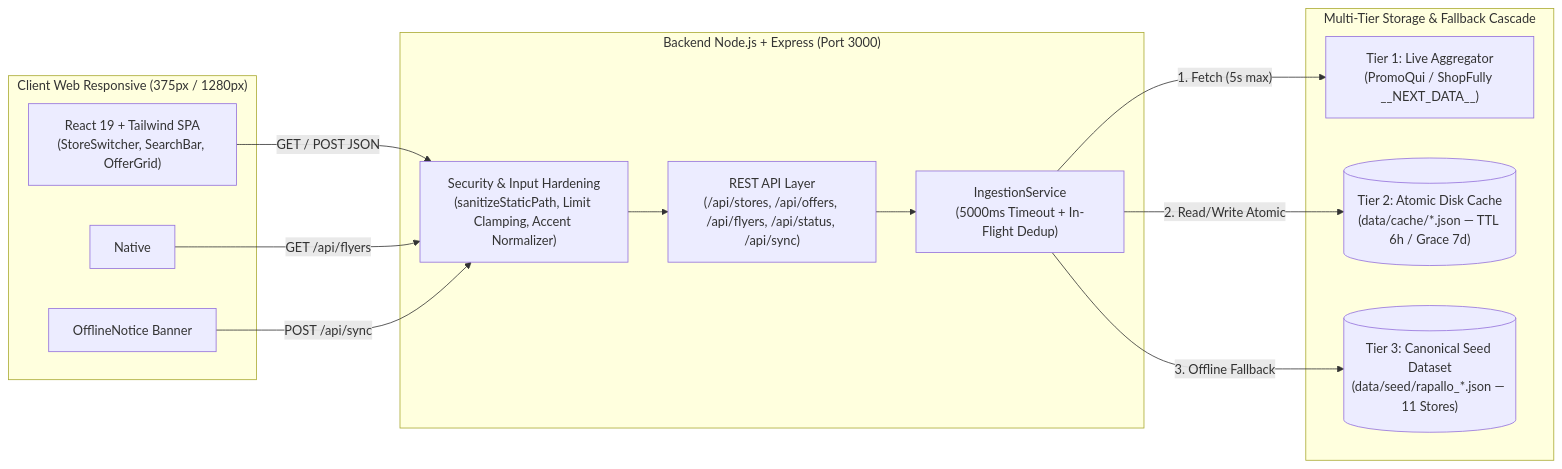
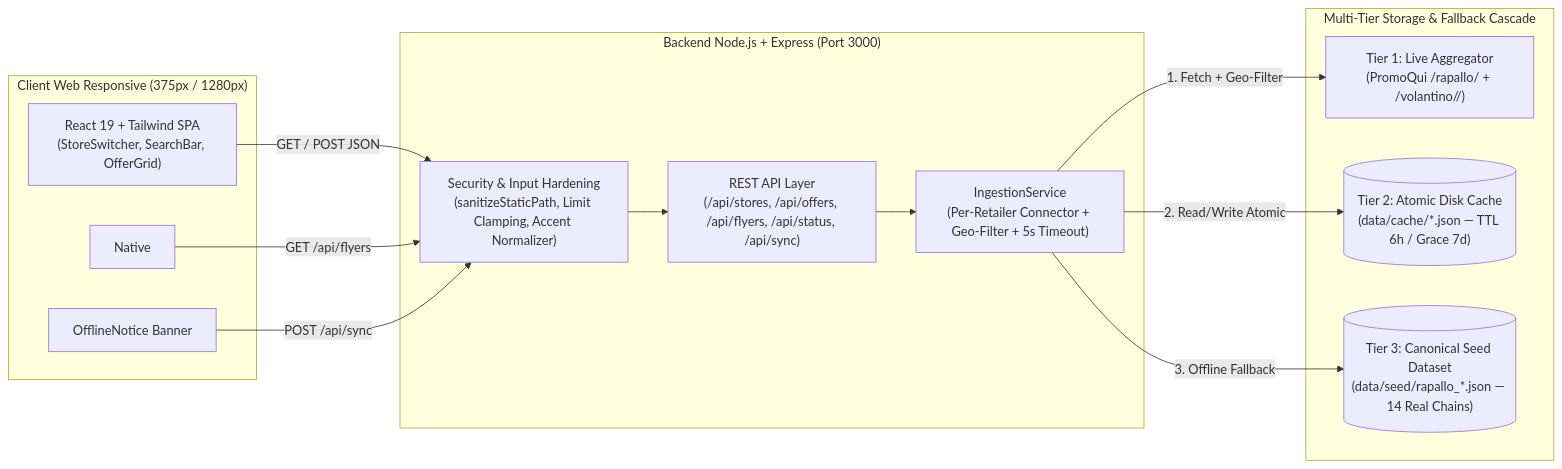
The diagram in docs/adr/README.md (Noobucodonosor/basilico), drawn with Mermaid before and after one commit. The commit also changed other lines of this file and 22 other files, not shown here.

Commit message:
feat(TASK-DATA-01,TASK-CORE-01,TASK-CORE-02,TASK-SEC-01,TASK-UI-01): align real Rapallo 14-store catalog, geo-filter flyers, clamp pagination limit, and achieve 444/444 E2E pass (closes #1, closes #2, closes #3, closes #4, closes #5)

````diff
--- a/docs/adr/README.md
+++ b/docs/adr/README.md
@@ -19,29 +20,29 @@
 ```mermaid
 flowchart LR
   subgraph Client["Client Web Responsive (375px / 1280px)"]
     UI["React 19 + Tailwind SPA\n(StoreSwitcher, SearchBar, OfferGrid)"]
     MODAL["Native <dialog> Flyer Viewer\n(CSS Scroll Snap Carousel)"]
     BANNER["OfflineNotice Banner"]
   end
 
   subgraph Server["Backend Node.js + Express (Port 3000)"]
     API["REST API Layer\n(/api/stores, /api/offers, /api/flyers, /api/status, /api/sync)"]
     SEC["Security & Input Hardening\n(sanitizeStaticPath, Limit Clamping, Accent Normalizer)"]
-    ING["IngestionService\n(5000ms Timeout + In-Flight Dedup)"]
+    ING["IngestionService\n(Per-Retailer Connector + Geo-Filter + 5s Timeout)"]
   end
 
   subgraph Data["Multi-Tier Storage & Fallback Cascade"]
-    LIVE["Tier 1: Live Aggregator\n(PromoQui / ShopFully __NEXT_DATA__)"]
+    LIVE["Tier 1: Live Aggregator\n(PromoQui /rapallo/<slug> + /volantino/<slug>/<id>)"]
     CACHE[("Tier 2: Atomic Disk Cache\n(data/cache/*.json — TTL 6h / Grace 7d)")]
-    SEED[("Tier 3: Canonical Seed Dataset\n(data/seed/rapallo_*.json — 11 Stores)")]
+    SEED[("Tier 3: Canonical Seed Dataset\n(data/seed/rapallo_*.json — 14 Real Chains)")]
   end
 
   UI -->|"GET / POST JSON"| SEC
   MODAL -->|"GET /api/flyers"| SEC
   BANNER -->|"POST /api/sync"| SEC
   SEC --> API
   API --> ING
-  ING -->|"1. Fetch (5s max)"| LIVE
+  ING -->|"1. Fetch + Geo-Filter"| LIVE
   ING -->|"2. Read/Write Atomic"| CACHE
   ING -->|"3. Offline Fallback"| SEED
 ```
````
